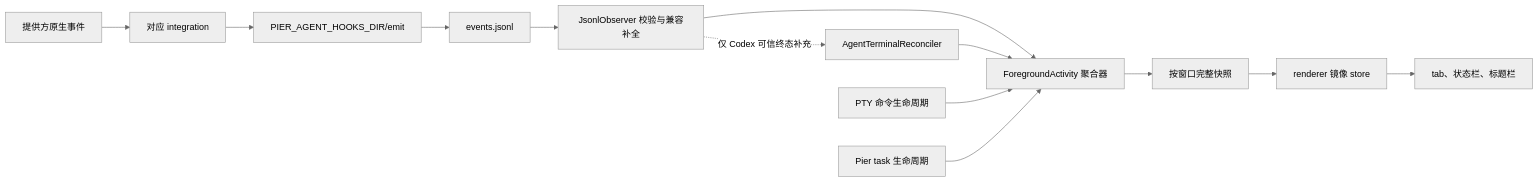
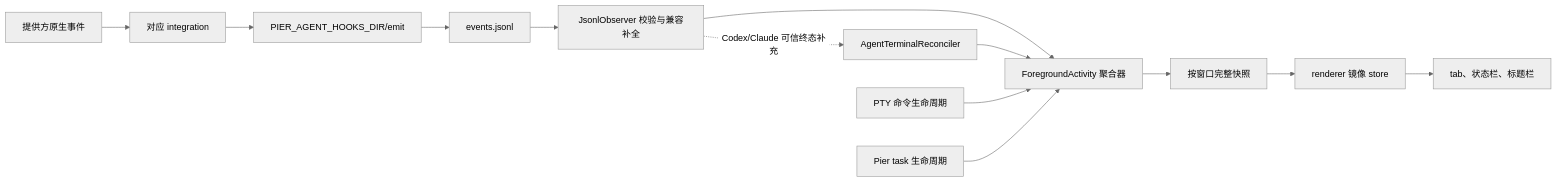
The diagram in docs/superpowers/specs/2026-07-13-agent-status-adapter-contract-audit.md (runloom/pier), drawn with Mermaid (neutral theme) before and after one commit. The commit also changed other lines of this file and 12 other files, not shown here.

First line of the commit message:
fix(agents): reconcile interrupted turns for claude and cursor terminal states

````diff
--- a/docs/superpowers/specs/2026-07-13-agent-status-adapter-contract-audit.md
+++ b/docs/superpowers/specs/2026-07-13-agent-status-adapter-contract-audit.md
@@ -51,15 +51,15 @@
 ```mermaid
 flowchart LR
     A["提供方原生事件"] --> B["对应 integration"]
     B --> C["PIER_AGENT_HOOKS_DIR/emit"]
     C --> D["events.jsonl"]
     D --> E["JsonlObserver 校验与兼容补全"]
     E --> F["ForegroundActivity 聚合器"]
-    E -. "仅 Codex 可信终态补充" .-> G["AgentTerminalReconciler"]
+    E -. "Codex/Claude 可信终态补充" .-> G["AgentTerminalReconciler"]
     G --> F
     H["PTY 命令生命周期"] --> F
     I["Pier task 生命周期"] --> F
     F --> J["按窗口完整快照"]
     J --> K["renderer 镜像 store"]
     K --> L["tab、状态栏、标题栏"]
 ```
````
